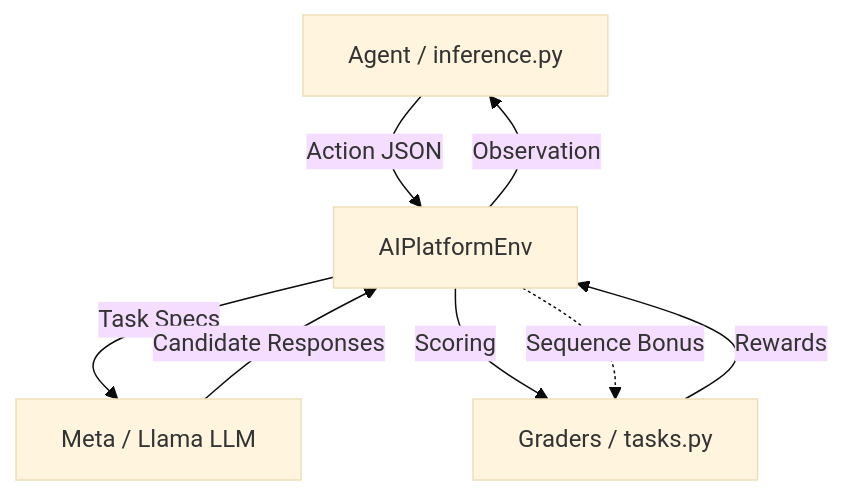
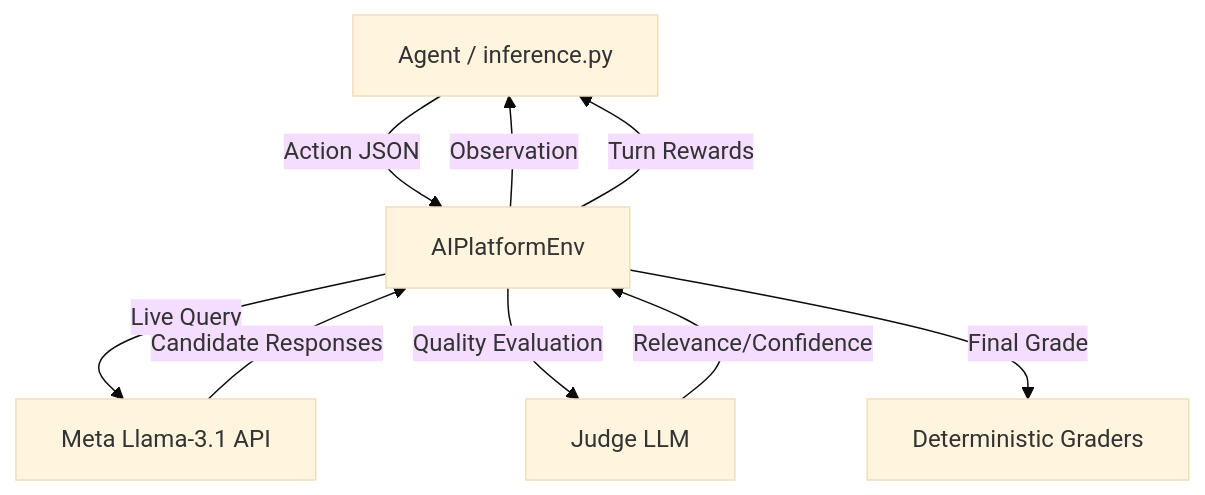
One commit to Andy02062006/ai-platform-env changed the diagram in README.md. Above: the diagram before and after it, drawn with Mermaid (base theme). The commit also changed other lines of this file and 3 other files, not shown here.

````diff
--- a/README.md
+++ b/README.md
@@ -56,10 +41,11 @@
 ```mermaid
 graph TD
     A[Agent / inference.py] -->|Action JSON| B[AIPlatformEnv]
     B -->|Observation| A
-    B -->|Task Specs| C[Meta / Llama LLM]
+    B -->|Live Query| C[Meta Llama-3.1 API]
     C -->|Candidate Responses| B
-    B -->|Scoring| D[Graders / tasks.py]
-    D -->|Rewards| B
-    B -.->|Sequence Bonus| D
+    B -->|Quality Evaluation| E[Judge LLM]
+    E -->|Relevance/Confidence| B
+    B -->|Turn Rewards| A
+    B -->|Final Grade| D[Deterministic Graders]
 ```
````
